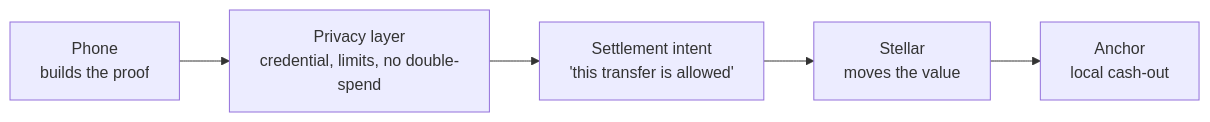
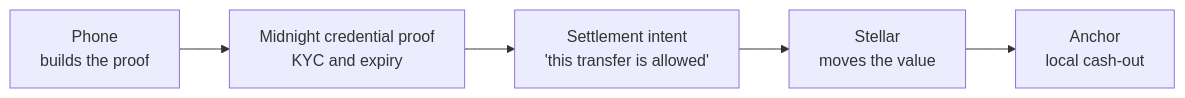
One commit to soumen0818/Prova changed the first of 3 diagrams in README.md. Above: the diagram before and after it, drawn with Mermaid. The commit also changed other lines of this file and 27 other files, not shown here.

````diff
--- a/README.md
+++ b/README.md
@@ -503,7 +526,7 @@
 ```mermaid
 flowchart LR
-    phone["Phone\nbuilds the proof"] --> privacy["Privacy layer\ncredential, limits, no double-spend"]
+    phone["Phone\nbuilds the proof"] --> privacy["Midnight credential proof\nKYC and expiry"]
     privacy --> intent["Settlement intent\n'this transfer is allowed'"]
     intent --> stellar["Stellar\nmoves the value"]
     stellar --> anchor["Anchor\nlocal cash-out"]
 ```
````
